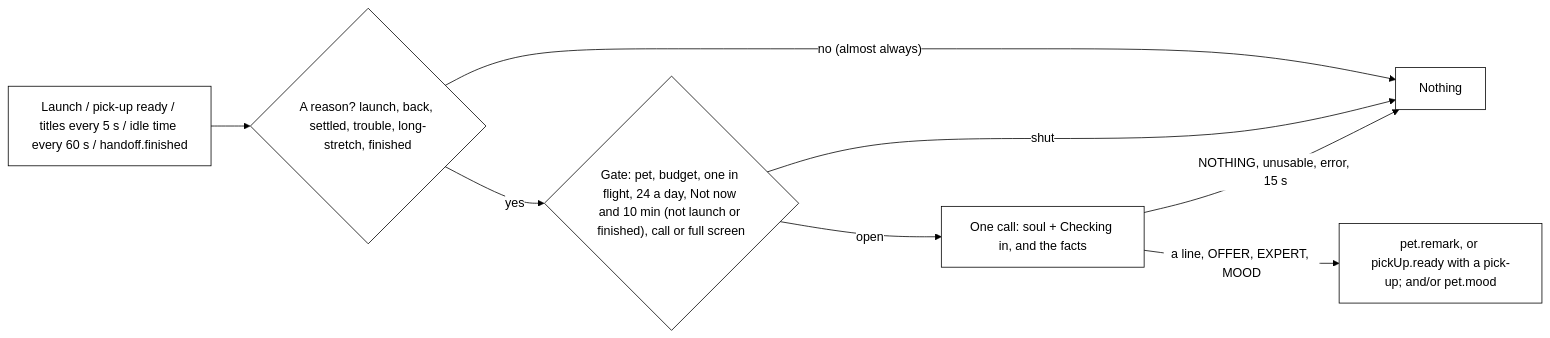
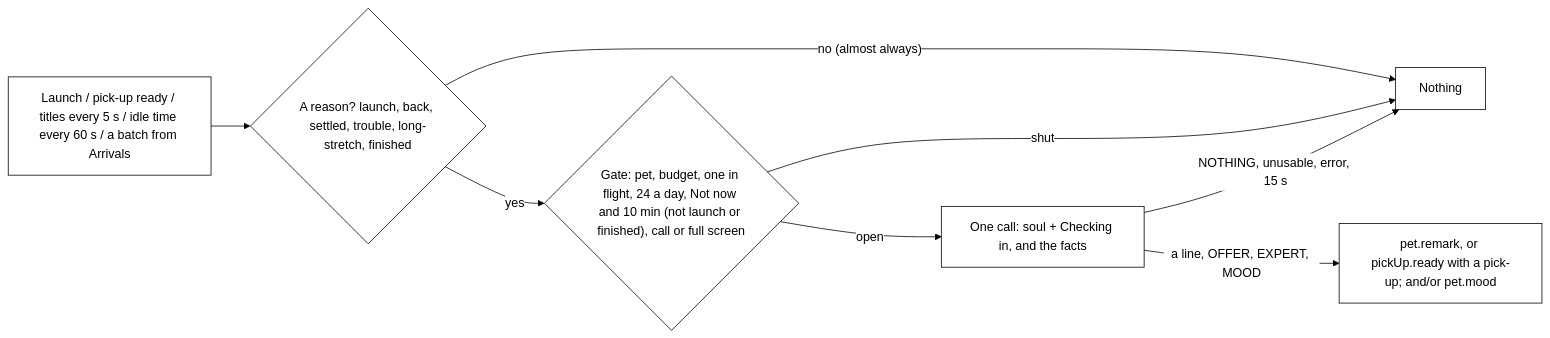
The tenth of 19 diagrams in docs/architecture.md (nadeem4/tagalong), drawn with Mermaid before and after one commit. The commit also changed other lines of this file and 5 other files, not shown here.

````diff
--- a/docs/architecture.md
+++ b/docs/architecture.md
@@ -1790,11 +1795,11 @@
 ```mermaid
 %%{init: {"theme": "base", "themeVariables": {"primaryColor": "#ffffff", "primaryTextColor": "#000000", "primaryBorderColor": "#000000", "lineColor": "#000000", "secondaryColor": "#ffffff", "tertiaryColor": "#ffffff", "background": "#ffffff", "clusterBkg": "#ffffff", "clusterBorder": "#000000"}}}%%
 flowchart LR
-  T["Launch / pick-up ready / titles every 5 s / idle time every 60 s / handoff.finished"] --> W{"A reason? launch, back, settled, trouble, long-stretch, finished"}
+  T["Launch / pick-up ready / titles every 5 s / idle time every 60 s / a batch from Arrivals"] --> W{"A reason? launch, back, settled, trouble, long-stretch, finished"}
   W -- "no (almost always)" --> X["Nothing"]
   W -- "yes" --> G{"Gate: pet, budget, one in flight, 24 a day, Not now and 10 min (not launch or finished), call or full screen"}
   G -- "shut" --> X
   G -- "open" --> M["One call: soul + Checking in, and the facts"]
   M -- "NOTHING, unusable, error, 15 s" --> X
   M -- "a line, OFFER, EXPERT, MOOD" --> D["pet.remark, or pickUp.ready with a pick-up; and/or pet.mood"]
 ```
````
